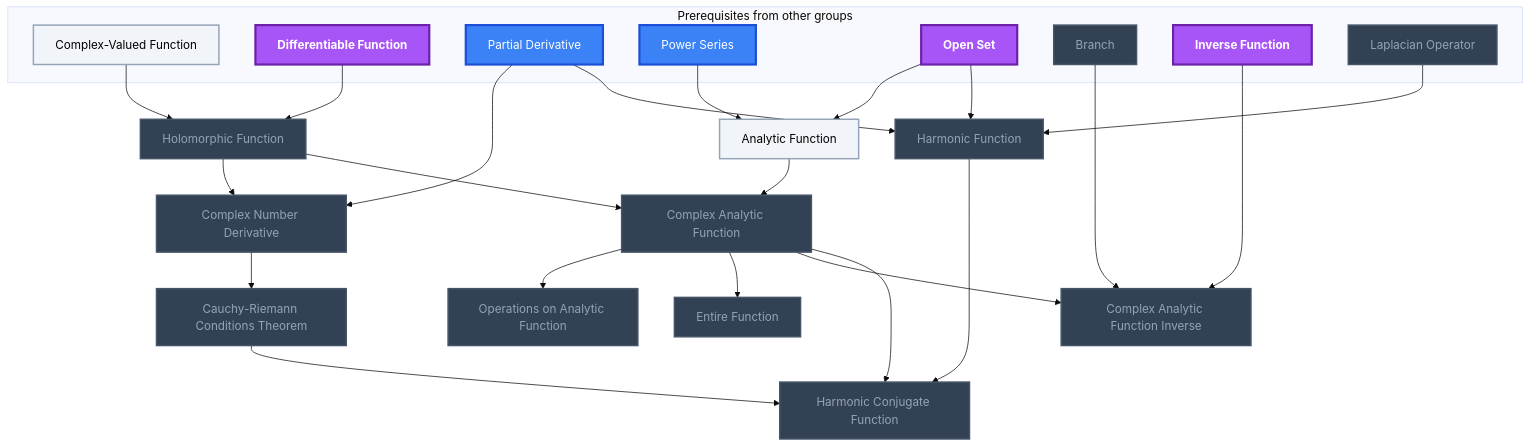
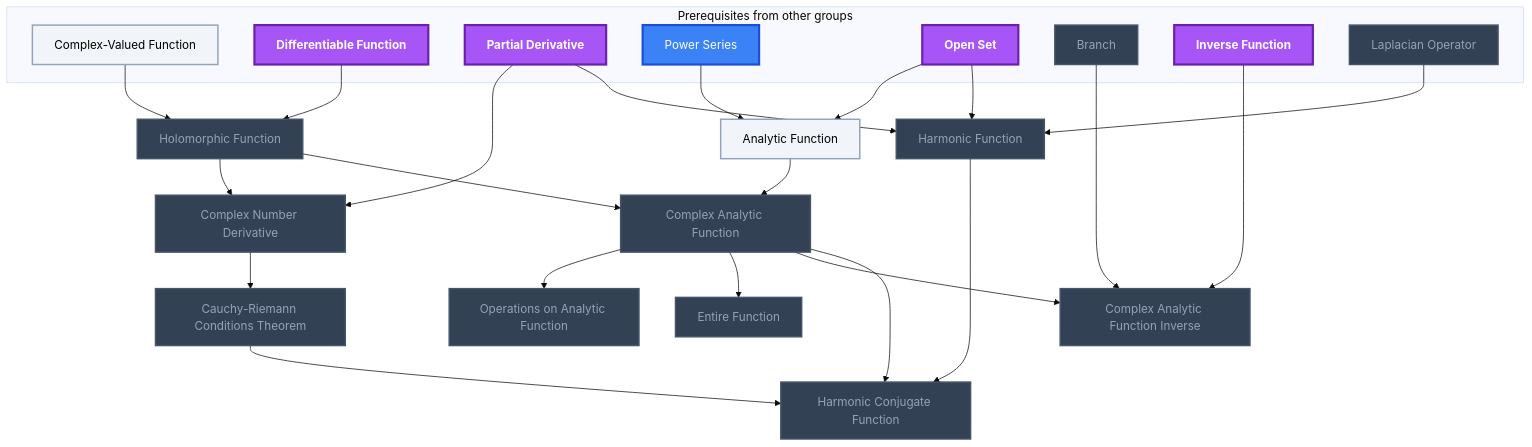
Before and after one commit to MRauf1/My-Notes: the sixth of 19 diagrams in Gamification/Skill Trees/Complex Analysis.md, drawn with Mermaid (base theme). The commit also changed other lines of this file and 73 other files, not shown here.

````diff
--- a/Gamification/Skill Trees/Complex Analysis.md
+++ b/Gamification/Skill Trees/Complex Analysis.md
@@ -239,57 +239,57 @@
 ```mermaid
 flowchart TD
     classDef planned fill:#1E293B,stroke:#64748B,stroke-width:2px,stroke-dasharray:5 5,color:#94A3B8;
     classDef locked fill:#334155,stroke:#475569,stroke-width:2px,color:#94A3B8;
     classDef L0 fill:#F1F5F9,stroke:#94A3B8,stroke-width:2px,color:#000000;
     classDef L1 fill:#22C55E,stroke:#15803D,stroke-width:2px,color:#000000;
     classDef L2 fill:#3B82F6,stroke:#1D4ED8,stroke-width:3px,color:#FFFFFF;
     classDef L3 fill:#A855F7,stroke:#6B21A8,stroke-width:3px,color:#FFFFFF,font-weight:bold;
     classDef L4 fill:#F97316,stroke:#C2410C,stroke-width:4px,color:#000000,font-weight:bold;
     classDef L5 fill:#FFD700,stroke:#FF8C00,stroke-width:5px,color:#000000,font-weight:bold;
     classDef rusty stroke:#8B4513,stroke-width:4px,stroke-dasharray:3 3;
     subgraph sg_prereqs["Prerequisites from other groups"]
         n_complex_valued_function["Complex-Valued Function"]
         n_differentiable_function["Differentiable Function"]
         n_partial_derivative["Partial Derivative"]
         n_power_series["Power Series"]
         n_open_set["Open Set"]
         n_branch["Branch"]
         n_inverse_function["Inverse Function"]
         n_laplacian_operator["Laplacian Operator"]
     end
     n_holomorphic_function["Holomorphic Function"]
     n_complex_number_derivative["Complex Number Derivative"]
     n_cauchy_riemann_conditions_theorem["Cauchy-Riemann Conditions Theorem"]
     n_analytic_function["Analytic Function"]
     n_complex_analytic_function["Complex Analytic Function"]
     n_operations_on_analytic_function["Operations on Analytic Function"]
     n_entire_function["Entire Function"]
     n_complex_analytic_function_inverse["Complex Analytic Function Inverse"]
     n_harmonic_function["Harmonic Function"]
     n_harmonic_conjugate_function["Harmonic Conjugate Function"]
     n_complex_valued_function --> n_holomorphic_function
     n_differentiable_function --> n_holomorphic_function
     n_holomorphic_function --> n_complex_number_derivative
     n_partial_derivative --> n_complex_number_derivative
     n_complex_number_derivative --> n_cauchy_riemann_conditions_theorem
     n_power_series --> n_analytic_function
     n_open_set --> n_analytic_function
     n_analytic_function --> n_complex_analytic_function
     n_holomorphic_function --> n_complex_analytic_function
     n_complex_analytic_function --> n_operations_on_analytic_function
     n_complex_analytic_function --> n_entire_function
     n_complex_analytic_function --> n_complex_analytic_function_inverse
     n_branch --> n_complex_analytic_function_inverse
     n_inverse_function --> n_complex_analytic_function_inverse
     n_partial_derivative --> n_harmonic_function
     n_laplacian_operator --> n_harmonic_function
     n_open_set --> n_harmonic_function
     n_harmonic_function --> n_harmonic_conjugate_function
     n_complex_analytic_function --> n_harmonic_conjugate_function
     n_cauchy_riemann_conditions_theorem --> n_harmonic_conjugate_function
     class n_branch,n_laplacian_operator,n_holomorphic_function,n_complex_number_derivative,n_cauchy_riemann_conditions_theorem,n_complex_analytic_function,n_operations_on_analytic_function,n_entire_function,n_complex_analytic_function_inverse,n_harmonic_function,n_harmonic_conjugate_function locked;
     class n_complex_valued_function,n_analytic_function L0;
-    class n_partial_derivative,n_power_series L2;
-    class n_differentiable_function,n_open_set,n_inverse_function L3;
+    class n_power_series L2;
+    class n_differentiable_function,n_partial_derivative,n_open_set,n_inverse_function L3;
     class n_complex_valued_function,n_differentiable_function,n_partial_derivative,n_power_series,n_open_set,n_branch,n_inverse_function,n_laplacian_operator,n_holomorphic_function,n_complex_number_derivative,n_cauchy_riemann_conditions_theorem,n_analytic_function,n_complex_analytic_function,n_operations_on_analytic_function,n_entire_function,n_complex_analytic_function_inverse,n_harmonic_function,n_harmonic_conjugate_function internal-link;
 ```
````
